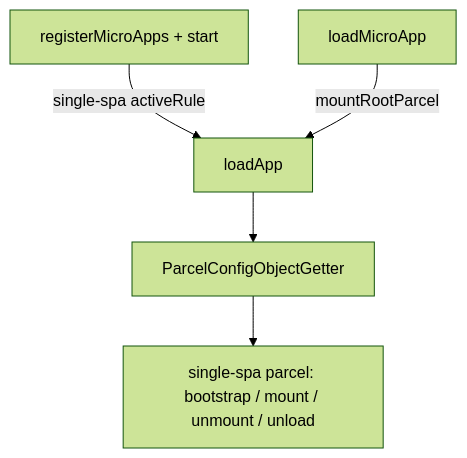
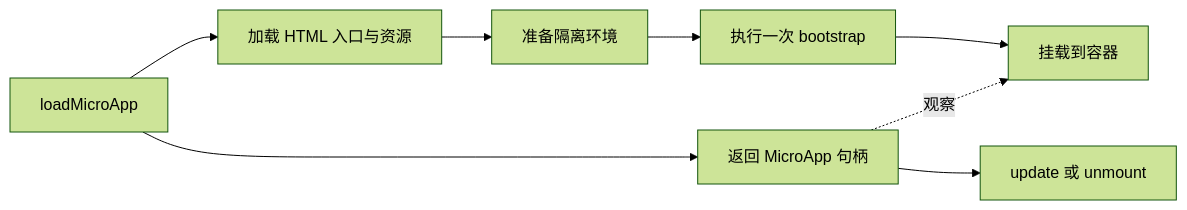
The diagram in docs/zh-CN/concepts/architecture.md (umijs/qiankun), drawn with Mermaid (forest theme) before and after one commit. The commit also changed other lines of this file and 89 other files, not shown here.

Commit message:
docs: make loadMicroApp the primary path

````diff
--- a/docs/zh-CN/concepts/architecture.md
+++ b/docs/zh-CN/concepts/architecture.md
@@ -14,7 +36,10 @@
 ```mermaid
-flowchart TD
-  A[registerMicroApps + start] -->|single-spa activeRule| C[loadApp]
-  B[loadMicroApp] -->|mountRootParcel| C
-  C --> D[ParcelConfigObjectGetter]
-  D --> E[single-spa parcel: bootstrap / mount / unmount / unload]
+flowchart LR
+  A[loadMicroApp] --> B[加载 HTML 入口与资源]
+  B --> C[准备隔离环境]
+  C --> D[执行一次 bootstrap]
+  D --> E[挂载到容器]
+  A --> F[返回 MicroApp 句柄]
+  F -. 观察 .-> E
+  F --> G[update 或 unmount]
 ```
````
